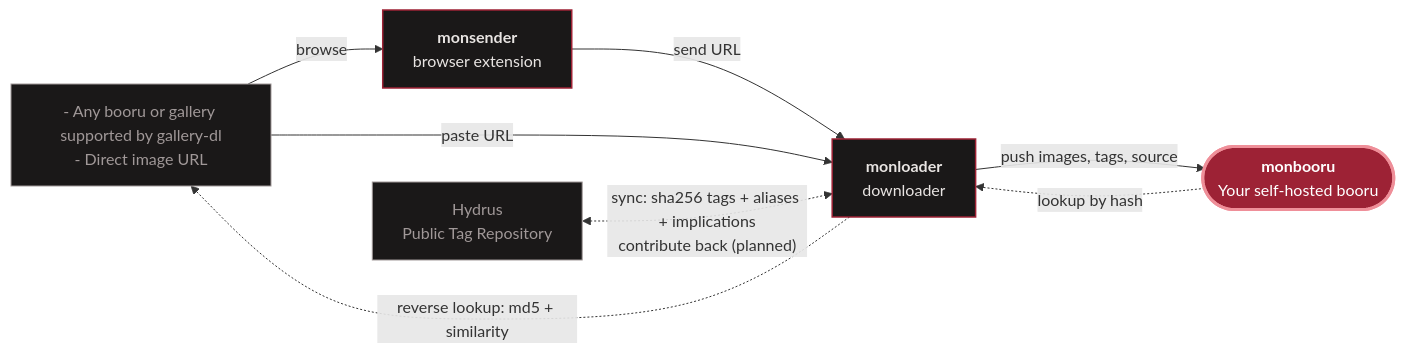
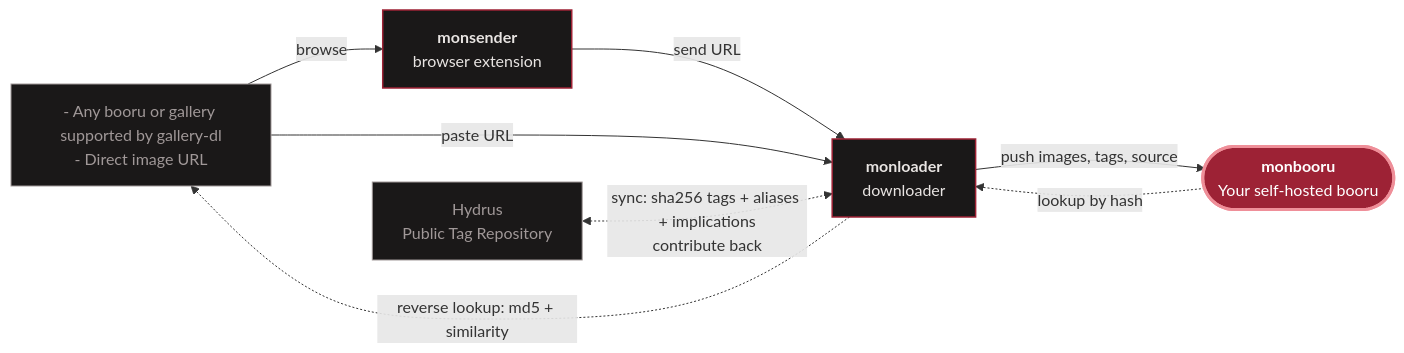
One commit to QiE2035/monbooru changed the diagram in README.md. Above: the diagram before and after it, drawn with Mermaid. The commit also changed other lines of this file and 232 other files, not shown here.

````diff
--- a/README.md
+++ b/README.md
@@ -54,25 +54,25 @@
 ```mermaid
 flowchart LR
     web["- Any booru or gallery supported by gallery-dl<br/>- Direct image URL"]
     ptr["Hydrus<br/>Public Tag Repository"]
     sender["<b>monsender</b><br/>browser extension"]
     loader["<b>monloader</b><br/>downloader"]
     booru(["<b>monbooru</b><br/>Your self-hosted booru"])
 
     web -->|browse| sender
     sender -->|send URL| loader
     web -->|paste URL| loader
     loader -->|push images, tags, source| booru
 
     booru -.->|lookup by hash| loader
     loader -.->|reverse lookup: md5 + similarity| web
-    ptr <-.->|"sync: sha256 tags + aliases + implications<br/>contribute back (planned)"| loader
+    ptr <-.->|"sync: sha256 tags + aliases + implications<br/>contribute back"| loader
 
     classDef hub  fill:#9d2235,stroke:#ef8f99,stroke-width:3px,color:#ffffff;
     classDef tool fill:#1a1818,stroke:#9d2235,stroke-width:1.5px,color:#e8e4e2;
     classDef src  fill:#1a1818,stroke:#a09898,stroke-width:1px,color:#a09898;
 
     class booru hub;
     class sender,loader tool;
     class web,ptr src;
 ```
````
